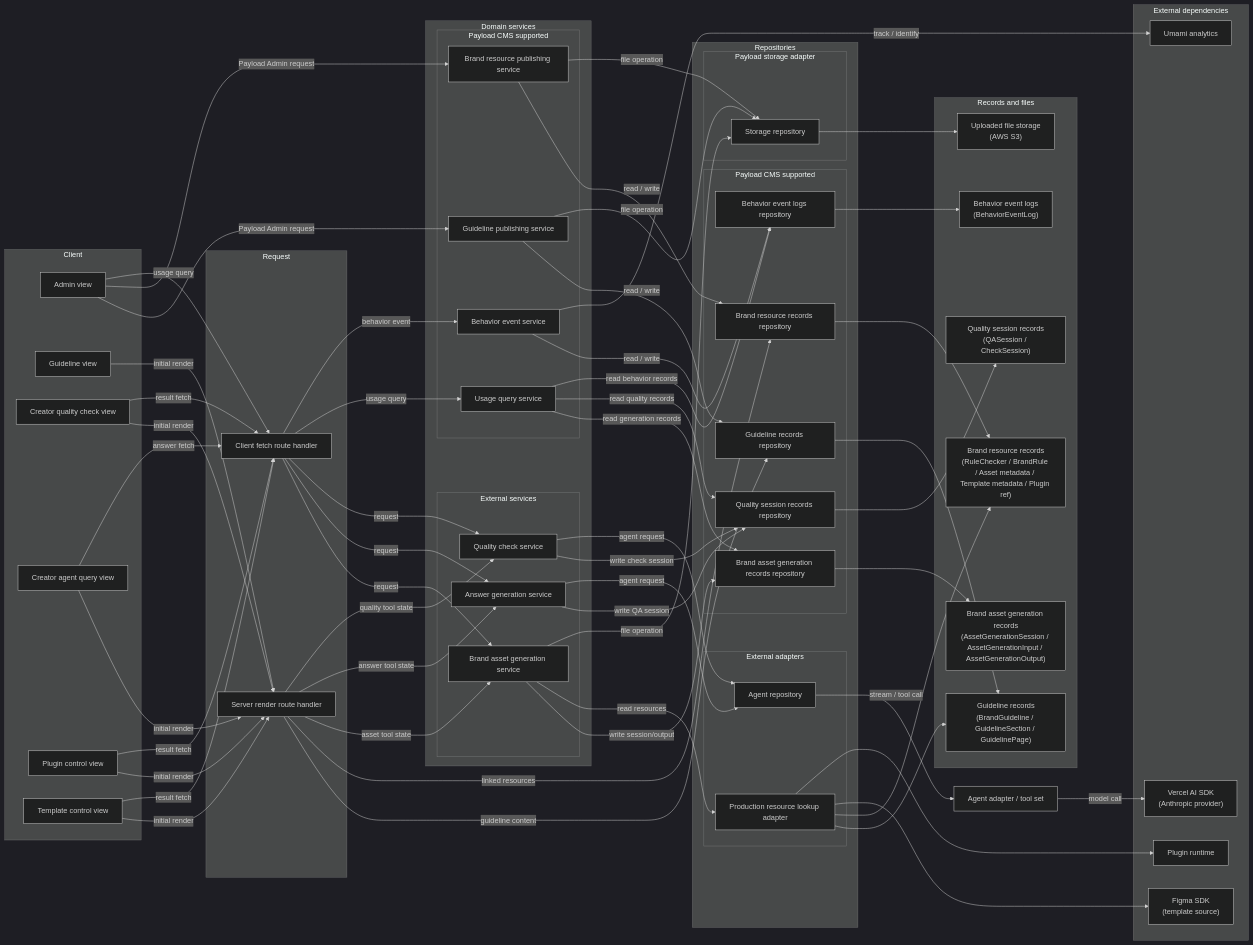
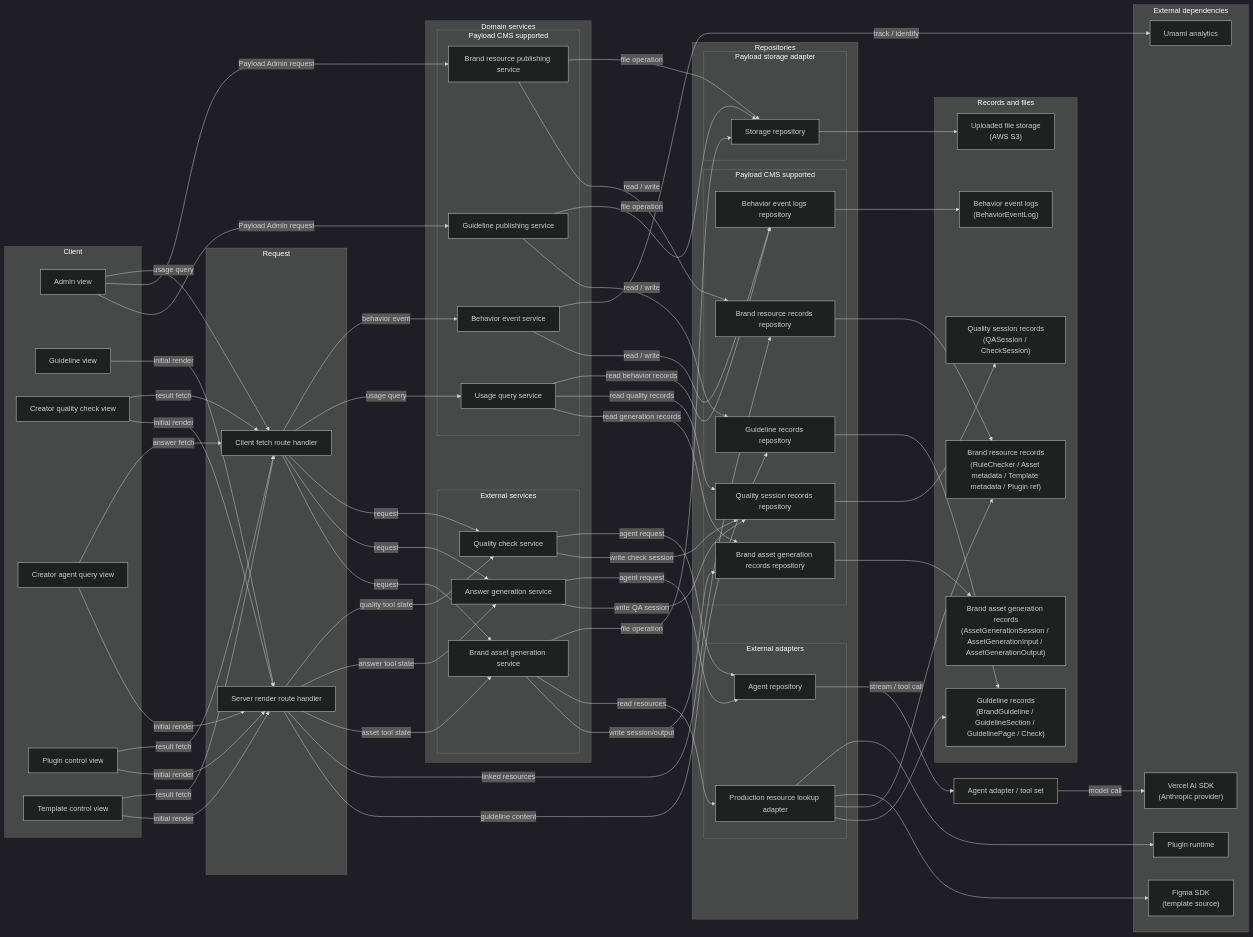
The first of 8 diagrams in docs/05-system-architecture.md (ewoooo/living-brand-system), drawn with Mermaid (dark theme) before and after one commit. The commit also changed other lines of this file and 100 other files, not shown here.

```diff
--- a/docs/05-system-architecture.md
+++ b/docs/05-system-architecture.md
@@ -154,8 +154,8 @@
   AgentAdapter["Agent adapter / tool set"]
 
   subgraph Storage["Records and files"]
-    GuidelineStore["Guideline records<br/>(BrandGuideline / GuidelineSection / GuidelinePage)"]
-    BrandResourceStore["Brand resource records<br/>(RuleChecker / BrandRule / Asset metadata / Template metadata / Plugin ref)"]
+    GuidelineStore["Guideline records<br/>(BrandGuideline / GuidelineSection / GuidelinePage / Check)"]
+    BrandResourceStore["Brand resource records<br/>(RuleChecker / Asset metadata / Template metadata / Plugin ref)"]
     BrandAssetGenerationStore["Brand asset generation records<br/>(AssetGenerationSession / AssetGenerationInput / AssetGenerationOutput)"]
     QualityStore["Quality session records<br/>(QASession / CheckSession)"]
     BehaviorEventStore["Behavior event logs<br/>(BehaviorEventLog)"]
```
